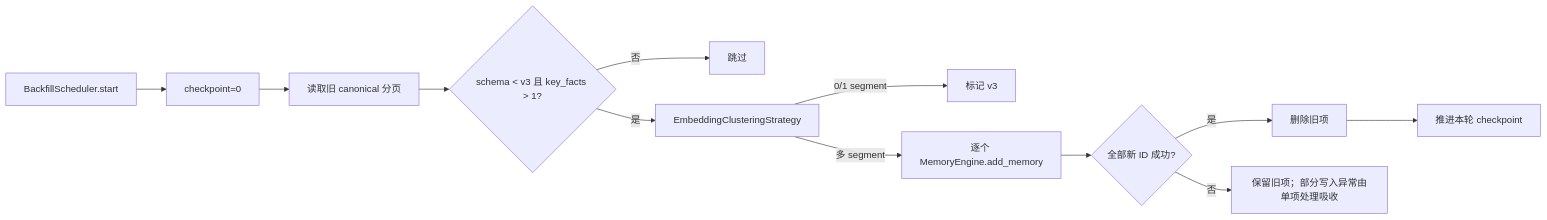
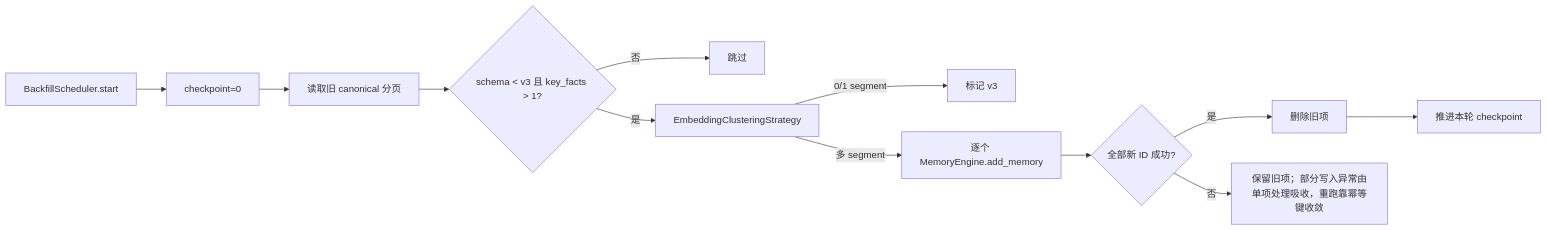
One commit to INSide-734/astrbot_plugin_memora changed the diagram in core/features/backfill/AGENTS.md. Above: the diagram before and after it, drawn with Mermaid. The commit also changed other lines of this file and 26 other files, not shown here.

````diff
--- a/core/features/backfill/AGENTS.md
+++ b/core/features/backfill/AGENTS.md
@@ -16,14 +16,14 @@
 ```mermaid
 flowchart LR
     A[BackfillScheduler.start] --> B[checkpoint=0]
     B --> C[读取旧 canonical 分页]
     C --> D{schema < v3 且 key_facts > 1?}
     D -->|否| E[跳过]
     D -->|是| F[EmbeddingClusteringStrategy]
     F -->|0/1 segment| G[标记 v3]
     F -->|多 segment| H[逐个 MemoryEngine.add_memory]
     H --> I{全部新 ID 成功?}
     I -->|是| J[删除旧项]
-    I -->|否| K[保留旧项；部分写入异常由单项处理吸收]
+    I -->|否| K[保留旧项；部分写入异常由单项处理吸收，重跑靠幂等键收敛]
     J --> L[推进本轮 checkpoint]
 ```
````
